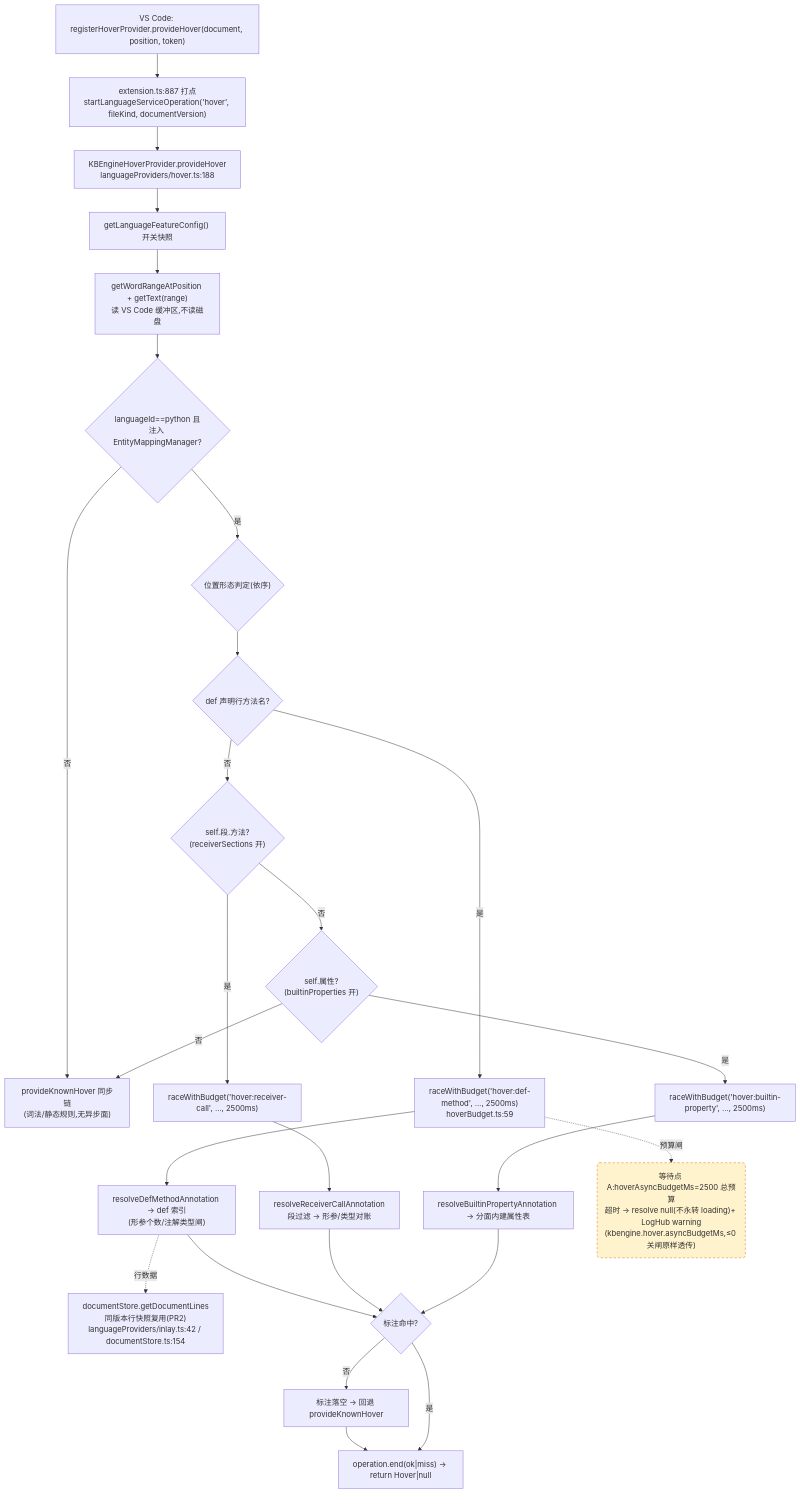
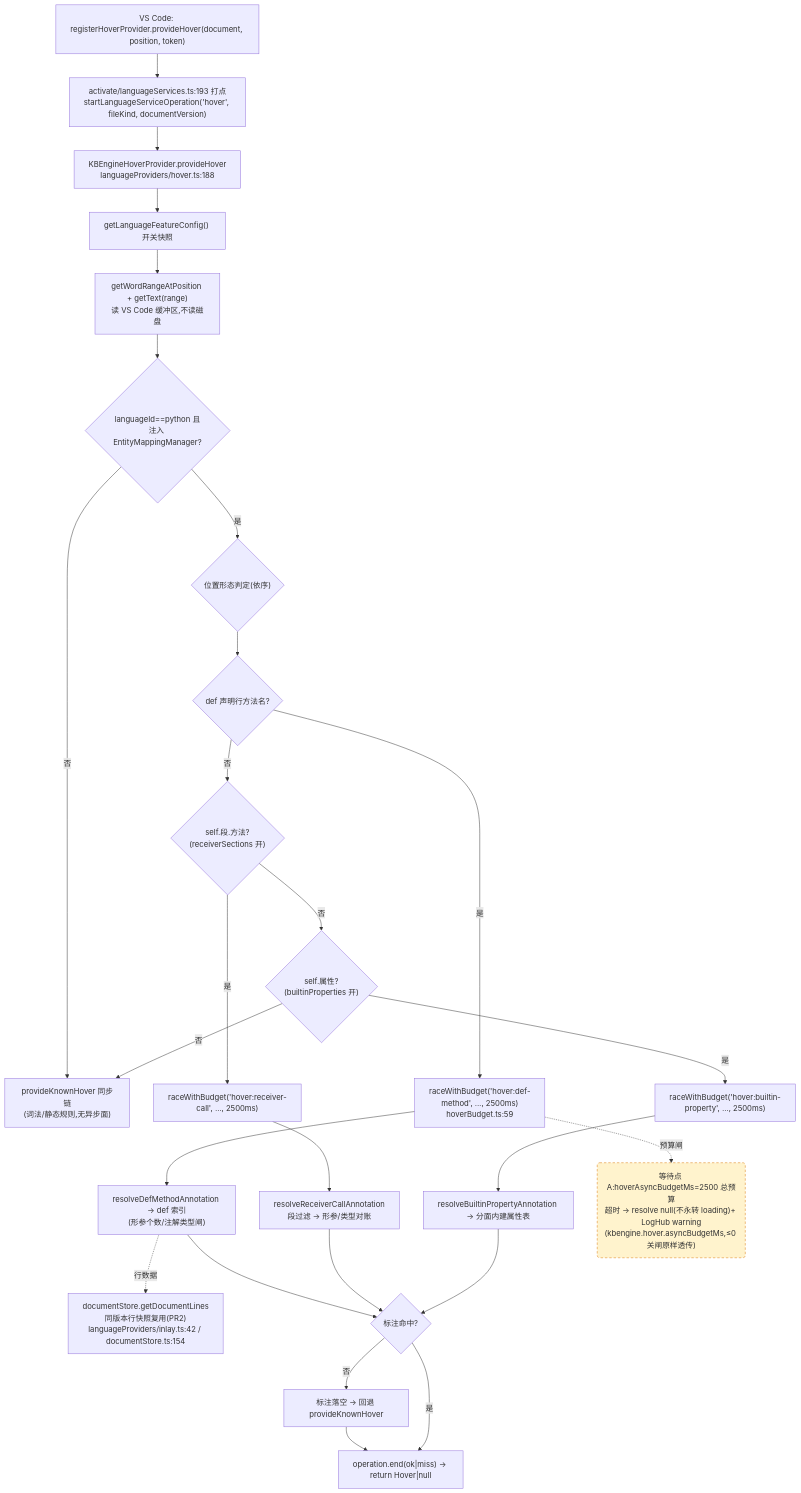
Before and after one commit to cuihairu/kode: the first of 4 diagrams in docs/perf/2026-baseline.md, drawn with Mermaid. The commit also changed other lines of this file and 6 other files, not shown here.

````diff
--- a/docs/perf/2026-baseline.md
+++ b/docs/perf/2026-baseline.md
@@ -82,45 +82,45 @@
 ```mermaid
 flowchart TD
   VC1["VS Code: registerHoverProvider.provideHover(document, position, token)"]
-  M1["extension.ts:887 打点<br/>startLanguageServiceOperation('hover', fileKind, documentVersion)"]
+  M1["activate/languageServices.ts:193 打点<br/>startLanguageServiceOperation('hover', fileKind, documentVersion)"]
   HP["KBEngineHoverProvider.provideHover<br/>languageProviders/hover.ts:188"]
   CFG["getLanguageFeatureConfig() 开关快照"]
   WORD["getWordRangeAtPosition + getText(range)<br/>读 VS Code 缓冲区,不读磁盘"]
   BR{"languageId==python 且<br/>注入 EntityMappingManager?"}
   KN["provideKnownHover 同步链<br/>(词法/静态规则,无异步面)"]
   POS{"位置形态判定(依序)"}
   D1{"def 声明行方法名?"}
   D2{"self.段.方法?<br/>(receiverSections 开)"}
   D3{"self.属性?<br/>(builtinProperties 开)"}
   RA1["raceWithBudget('hover:def-method', …, 2500ms)<br/>hoverBudget.ts:59"]
   RA2["raceWithBudget('hover:receiver-call', …, 2500ms)"]
   RA3["raceWithBudget('hover:builtin-property', …, 2500ms)"]
   RS1["resolveDefMethodAnnotation → def 索引<br/>(形参个数/注解类型闸)"]
   RS2["resolveReceiverCallAnnotation<br/>段过滤 → 形参/类型对账"]
   RS3["resolveBuiltinPropertyAnnotation → 分面内建属性表"]
   LINES["documentStore.getDocumentLines<br/>同版本行快照复用(PR2)<br/>languageProviders/inlay.ts:42 / documentStore.ts:154"]
   MISS["标注落空 → 回退 provideKnownHover"]
   END1["operation.end(ok|miss) → return Hover|null"]
 
   VC1 --> M1 --> HP --> CFG --> WORD --> BR
   BR -- "否" --> KN
   BR -- "是" --> POS --> D1
   D1 -- "是" --> RA1 --> RS1
   D1 -- "否" --> D2
   D2 -- "是" --> RA2 --> RS2
   D2 -- "否" --> D3
   D3 -- "是" --> RA3 --> RS3
   D3 -- "否" --> KN
   RS1 --> HIT{"标注命中?"}
   RS2 --> HIT
   RS3 --> HIT
   RS1 -.->|行数据| LINES
   HIT -- "否" --> MISS --> END1
   HIT -- "是" --> END1
 
   WAITA("等待点 A:hoverAsyncBudgetMs=2500 总预算<br/>超时 → resolve null(不永转 loading)+ LogHub warning<br/>(kbengine.hover.asyncBudgetMs,≤0 关闸原样透传)")
   RA1 -.->|预算闸| WAITA
 
   classDef waitPoint fill:#fff3cd,stroke:#d97706,stroke-dasharray:5 4;
   class WAITA waitPoint;
 ```
````
